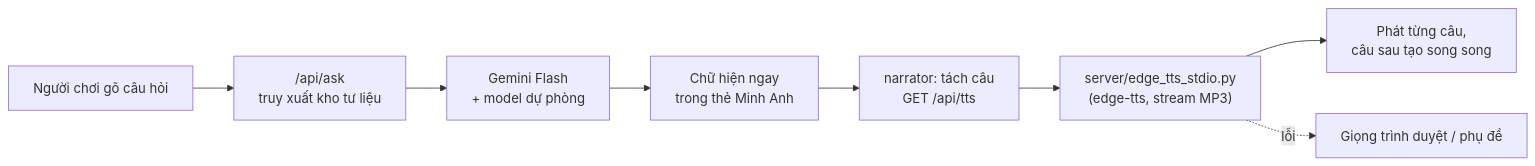
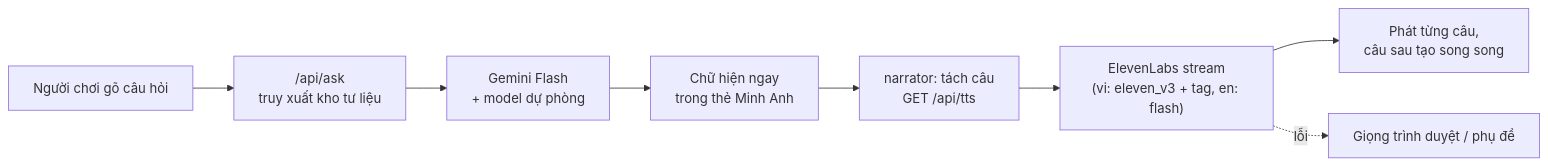
The diagram in README.md (huynh-phong/3D-Digital-Tourism), drawn with Mermaid before and after one commit. The commit also changed other lines of this file and 12 other files, not shown here.

First line of the commit message:
Switch guide voice to ElevenLabs, remove edge-tts

````diff
--- a/README.md
+++ b/README.md
@@ -106,10 +104,10 @@
 ```mermaid
 flowchart LR
   Q[Người chơi gõ câu hỏi] --> A["/api/ask<br/>truy xuất kho tư liệu"]
   A --> G[Gemini Flash<br/>+ model dự phòng]
   G --> T[Chữ hiện ngay<br/>trong thẻ Minh Anh]
   T --> N["narrator: tách câu<br/>GET /api/tts"]
-  N --> E["server/edge_tts_stdio.py<br/>(edge-tts, stream MP3)"]
+  N --> E["ElevenLabs stream<br/>(vi: eleven_v3 + tag, en: flash)"]
   E --> P[Phát từng câu,<br/>câu sau tạo song song]
   E -. lỗi .-> F[Giọng trình duyệt / phụ đề]
 ```
````
